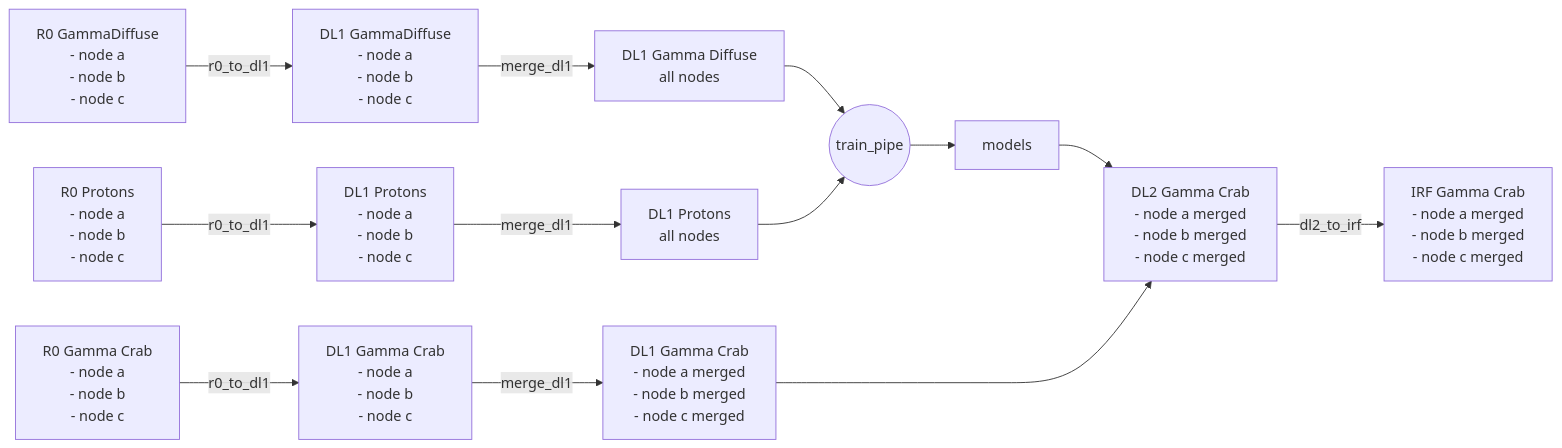
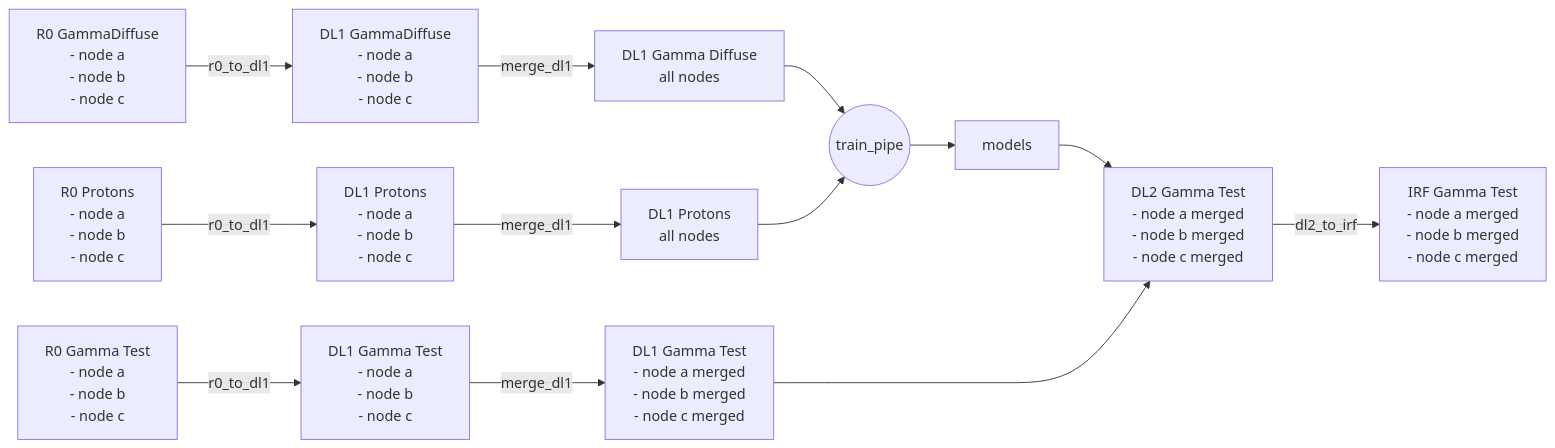
The third of 4 diagrams in docs/pipeline.rst (cta-observatory/lstmcpipe), drawn with Mermaid before and after one commit. The commit also changed other lines of this file, not shown here.

Commit message:
AllSky prod pipeline DL1ab schema

```diff
--- a/docs/pipeline.rst
+++ b/docs/pipeline.rst
@@ -138,33 +138,33 @@
 .. mermaid::
 
     flowchart LR
 
         R0-Protons[R0 Protons \n - node a\n - node b\n - node c]
         R0-GammaDiffuse[R0 GammaDiffuse \n - node a\n - node b\n - node c]
-        R0-GammaCrab[R0 Gamma Crab \n - node a\n - node b\n - node c]
+        R0-GammaTest[R0 Gamma Test \n - node a\n - node b\n - node c]
 
         DL1-Protons[DL1 Protons \n - node a\n - node b\n - node c]
         DL1-GammaDiffuse[DL1 GammaDiffuse \n - node a\n - node b\n - node c]
-        DL1-GammaCrab[DL1 Gamma Crab \n - node a\n - node b\n - node c]
+        DL1-GammaTest[DL1 Gamma Test \n - node a\n - node b\n - node c]
 
 
         R0-GammaDiffuse --> |r0_to_dl1| DL1-GammaDiffuse
         R0-Protons --> |r0_to_dl1| DL1-Protons
-        R0-GammaCrab --> |r0_to_dl1| DL1-GammaCrab
+        R0-GammaTest --> |r0_to_dl1| DL1-GammaTest
 
 
         DL1-GammaDiffuse --> |merge_dl1| DL1-GammaDiffuse-merged[DL1 Gamma Diffuse\nall nodes]
         DL1-Protons --> |merge_dl1| DL1-Protons-merged[DL1 Protons\nall nodes]
 
         DL1-GammaDiffuse-merged & DL1-Protons-merged --> train_pipe((train_pipe))
 
         train_pipe --> models
 
-        models --> DL2-GammaCrab
+        models --> DL2-GammaTest
 
-        DL1-GammaCrab --> |merge_dl1| DL1-GammaCrab-merged[DL1 Gamma Crab \n - node a merged\n - node b merged\n - node c merged]
-        DL1-GammaCrab-merged ----> DL2-GammaCrab
-        DL2-GammaCrab[DL2 Gamma Crab \n - node a merged\n - node b merged\n - node c merged]
+        DL1-GammaTest --> |merge_dl1| DL1-GammaTest-merged[DL1 Gamma Test \n - node a merged\n - node b merged\n - node c merged]
+        DL1-GammaTest-merged ----> DL2-GammaTest
+        DL2-GammaTest[DL2 Gamma Test \n - node a merged\n - node b merged\n - node c merged]
 
-        DL2-GammaCrab --> |dl2_to_irf| IRF-GammaCrab
-        IRF-GammaCrab[IRF Gamma Crab \n - node a merged\n - node b merged\n - node c merged]
+        DL2-GammaTest --> |dl2_to_irf| IRF-GammaTest
+        IRF-GammaTest[IRF Gamma Test \n - node a merged\n - node b merged\n - node c merged]
```
